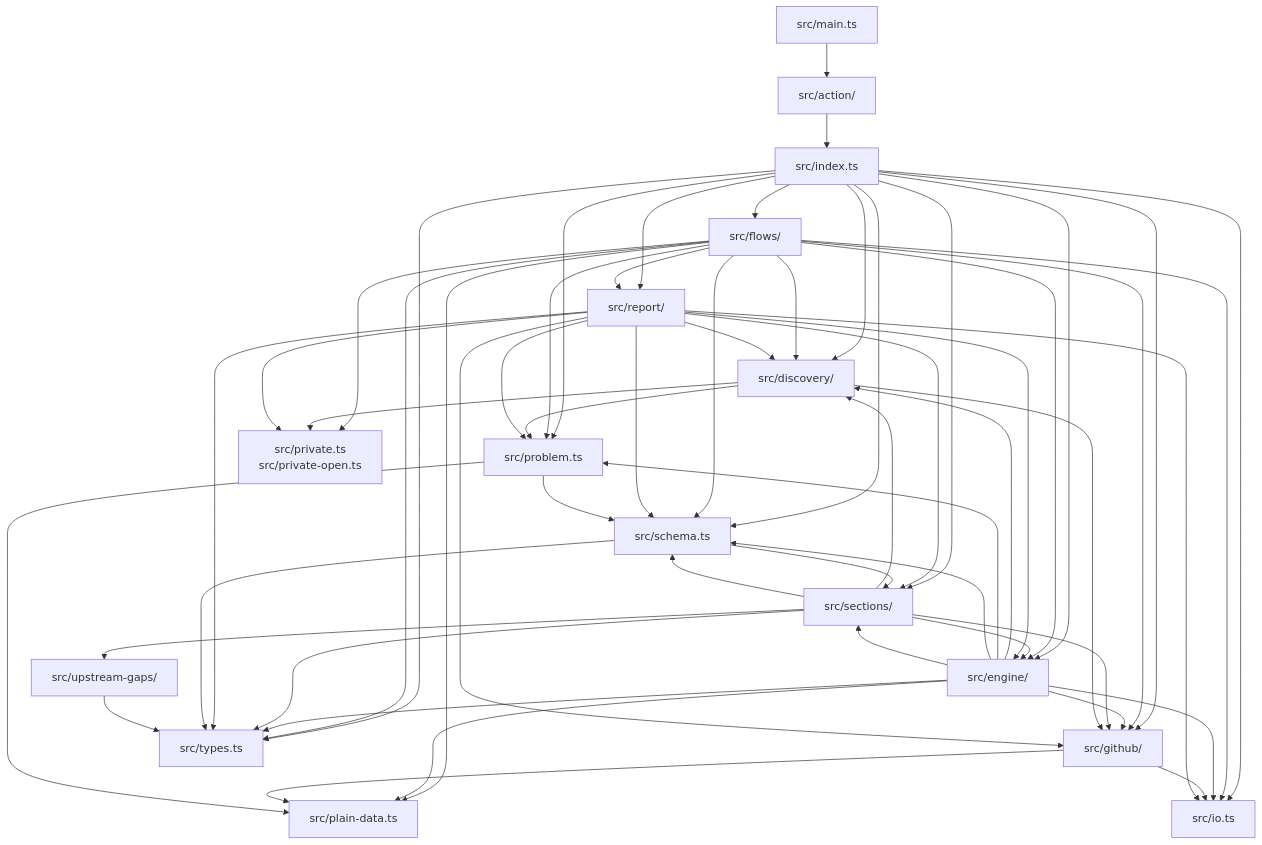
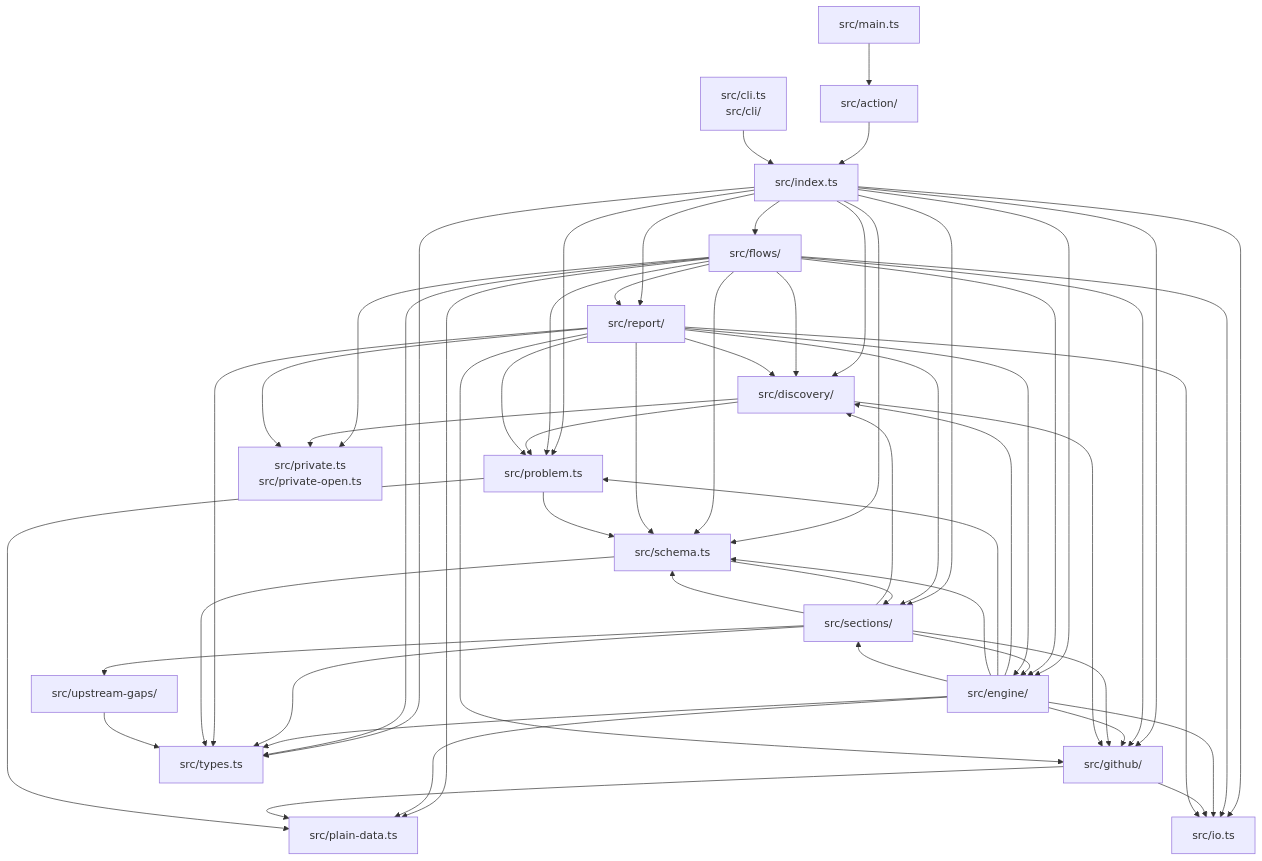
Before and after one commit to Vivswan/github-settings-as-code: the eighth of 8 diagrams in docs/reference/architecture.md, drawn with Mermaid. The commit also changed 28 other files, not shown here.

````diff
--- a/docs/reference/architecture.md
+++ b/docs/reference/architecture.md
@@ -229,74 +229,76 @@
 ```mermaid
 graph TD
   main["src/main.ts"]
   action["src/action/"]
+  cli["src/cli.ts<br>src/cli/"]
   library["src/index.ts"]
   flows["src/flows/"]
   engine["src/engine/"]
   sections["src/sections/"]
   github["src/github/"]
   discovery["src/discovery/"]
   report["src/report/"]
   schema["src/schema.ts"]
   io["src/io.ts"]
   problem["src/problem.ts"]
   types["src/types.ts"]
   plain_data["src/plain-data.ts"]
   private["src/private.ts<br>src/private-open.ts"]
   upstream_gaps["src/upstream-gaps/"]
   main --> action
   action --> library
+  cli --> library
   library --> discovery
   library --> engine
   library --> flows
   library --> github
   library --> io
   library --> problem
   library --> report
   library --> schema
   library --> sections
   library --> types
   flows --> discovery
   flows --> engine
   flows --> github
   flows --> io
   flows --> plain_data
   flows --> private
   flows --> problem
   flows --> report
   flows --> schema
   flows --> types
   engine --> discovery
   engine --> github
   engine --> io
   engine --> plain_data
   engine --> problem
   engine --> schema
   engine --> sections
   engine --> types
   sections --> discovery
   sections --> engine
   sections --> github
   sections --> schema
   sections --> types
   sections --> upstream_gaps
   github --> io
   github --> plain_data
   discovery --> github
   discovery --> private
   discovery --> problem
   report --> discovery
   report --> engine
   report --> github
   report --> io
   report --> private
   report --> problem
   report --> schema
   report --> sections
   report --> types
   problem --> plain_data
   problem --> schema
   schema --> sections
   schema --> types
   upstream_gaps --> types
 ```
````
